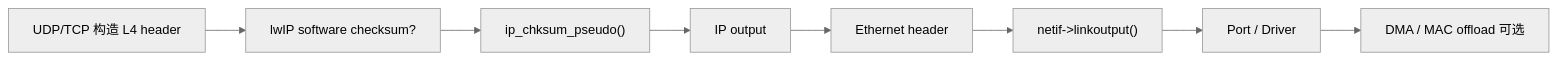
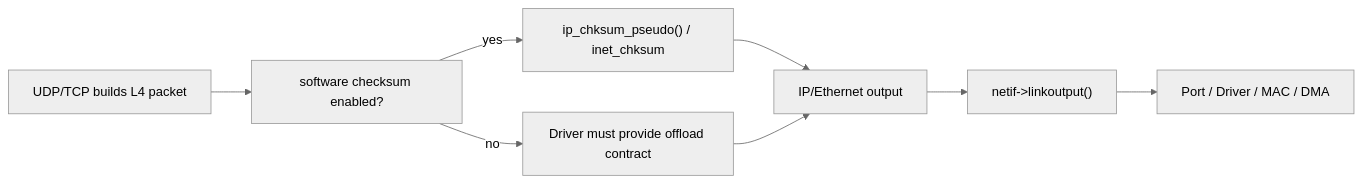
Before and after one commit to wdfk-prog/lwIP-Source-Lab: the first of 5 diagrams in docs/19-checksum-hardware-offload.md, drawn with Mermaid (neutral theme). The commit also changed other lines of this file and 49 other files, not shown here.

````diff
--- a/docs/19-checksum-hardware-offload.md
+++ b/docs/19-checksum-hardware-offload.md
@@ -15,10 +36,10 @@
 ```mermaid
 flowchart LR
-    A["UDP/TCP 构造 L4 header"] --> B["lwIP software checksum?"]
-    B --> C["ip_chksum_pseudo()"]
-    C --> D["IP output"]
-    D --> E["Ethernet header"]
+    A["UDP/TCP builds L4 packet"] --> B["software checksum enabled?"]
+    B -->|yes| C["ip_chksum_pseudo() / inet_chksum"]
+    B -->|no| D["Driver must provide offload contract"]
+    C --> E["IP/Ethernet output"]
+    D --> E
     E --> F["netif->linkoutput()"]
-    F --> G["Port / Driver"]
-    G --> H["DMA / MAC offload 可选"]
+    F --> G["Port / Driver / MAC / DMA"]
 ```
````
